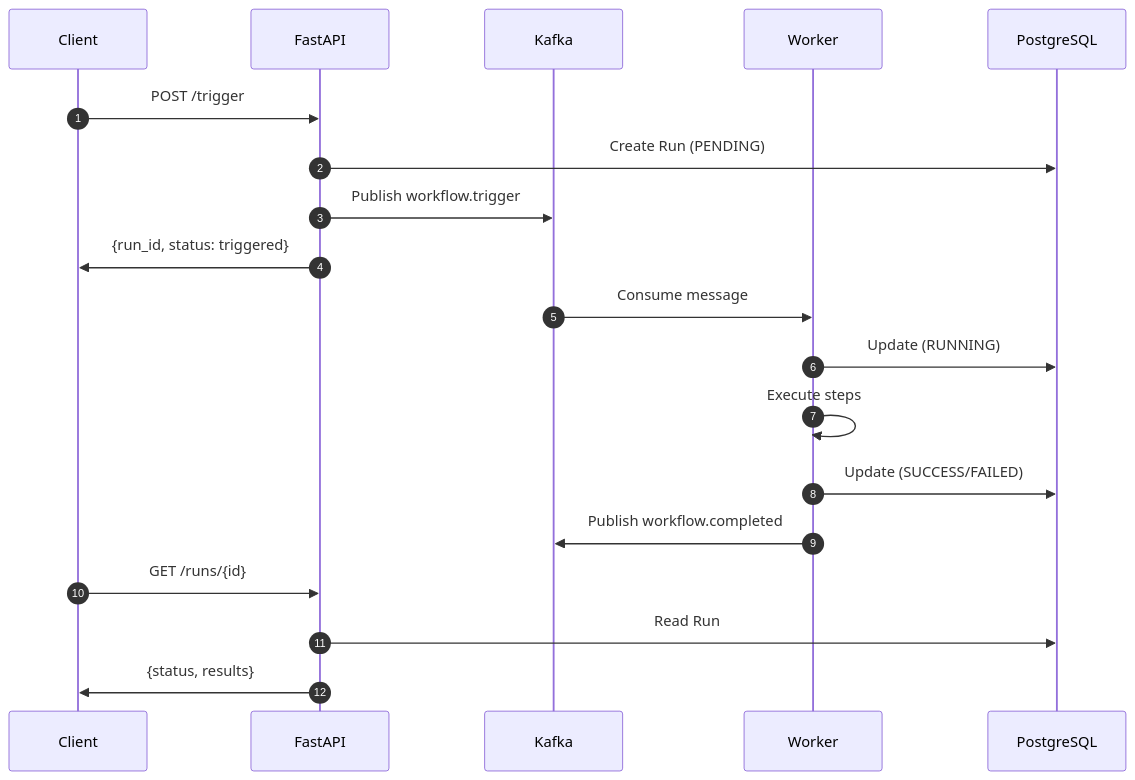
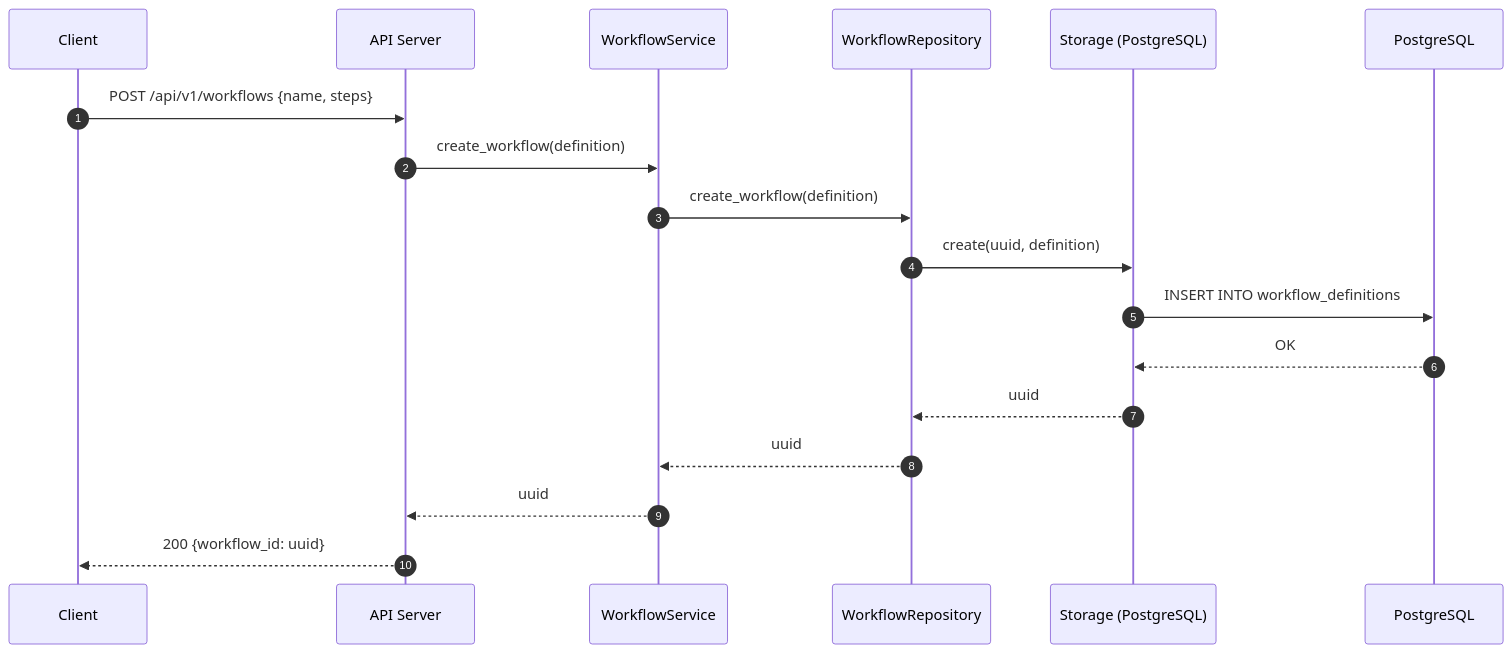
The second of 4 diagrams in README.md (kd17290/workflow-automation), drawn with Mermaid before and after one commit. The commit also changed other lines of this file and 73 other files, not shown here.

````diff
--- a/README.md
+++ b/README.md
@@ -209,24 +304,21 @@
 ```mermaid
 sequenceDiagram
     autonumber
     participant C as Client
-    participant API as FastAPI
-    participant K as Kafka
-    participant W as Worker
+    participant API as API Server
+    participant SVC as WorkflowService
+    participant REPO as WorkflowRepository
+    participant STOR as Storage (PostgreSQL)
     participant DB as PostgreSQL
 
-    C->>API: POST /trigger
-    API->>DB: Create Run (PENDING)
-    API->>K: Publish workflow.trigger
-    API->>C: {run_id, status: triggered}
-    
-    K->>W: Consume message
-    W->>DB: Update (RUNNING)
-    W->>W: Execute steps
-    W->>DB: Update (SUCCESS/FAILED)
-    W->>K: Publish workflow.completed
-    
-    C->>API: GET /runs/{id}
-    API->>DB: Read Run
-    API->>C: {status, results}
+    C->>API: POST /api/v1/workflows {name, steps}
+    API->>SVC: create_workflow(definition)
+    SVC->>REPO: create_workflow(definition)
+    REPO->>STOR: create(uuid, definition)
+    STOR->>DB: INSERT INTO workflow_definitions
+    DB-->>STOR: OK
+    STOR-->>REPO: uuid
+    REPO-->>SVC: uuid
+    SVC-->>API: uuid
+    API-->>C: 200 {workflow_id: uuid}
 ```
````
